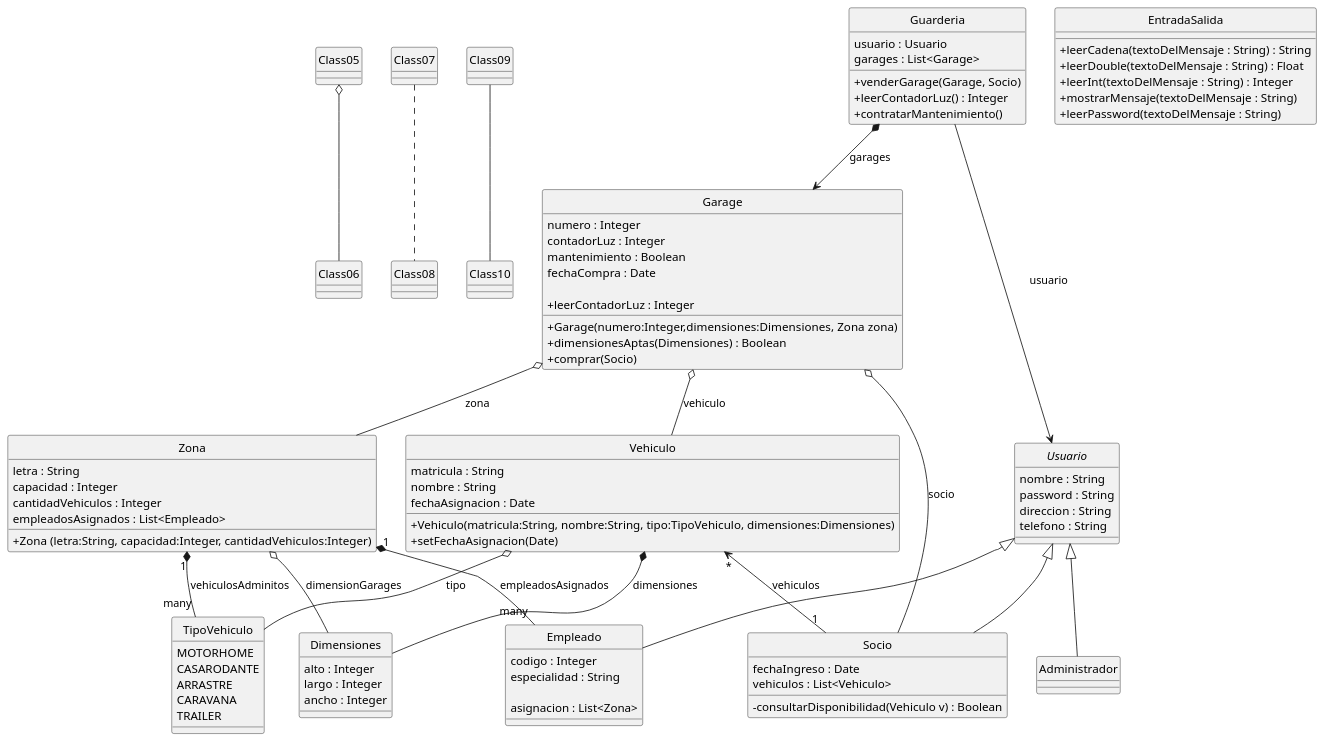
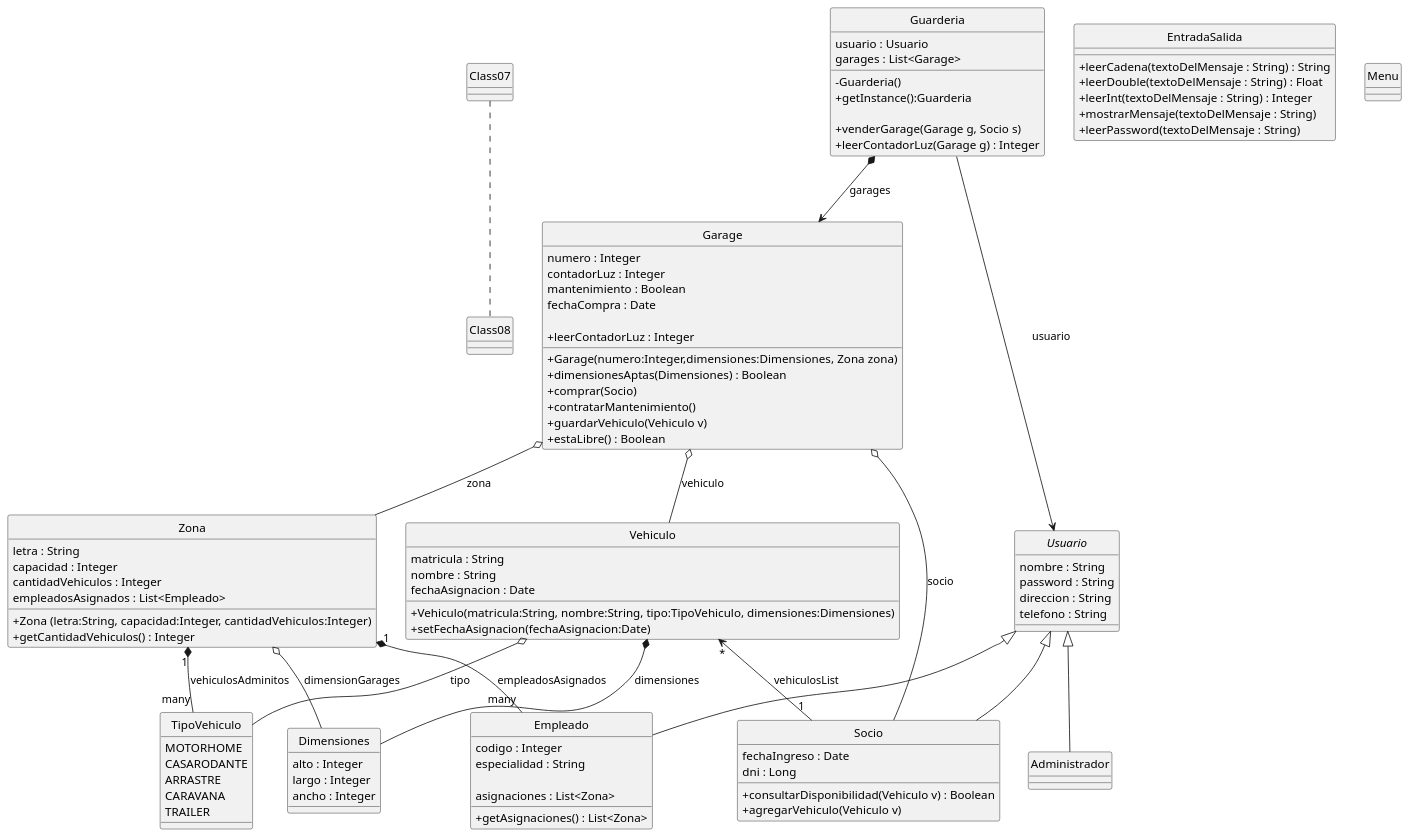
One commit to LeandroFulvio/inspt-p2-guarderia-central changed the diagram in resources/plantuml.puml. Above: the diagram before and after it, drawn with PlantUML. The commit also changed 11 other files, not shown here.

```diff
--- a/resources/plantuml.puml
+++ b/resources/plantuml.puml
@@ -1,133 +1,152 @@
 @startuml
 hide circle
 skinparam classAttributeIconSize 0
 skinparam backgroundColor transparent
 skinparam monochrome true
 skinparam shadowing false
 
-Class05 o-- Class06
 Class07 .. Class08
-Class09 -- Class10
 
 enum      TipoVehiculo {
   MOTORHOME
   CASARODANTE
   ARRASTRE
   CARAVANA
   TRAILER
 }
 
 class     Dimensiones {
   alto : Integer
   largo : Integer
   ancho : Integer
 }
 /'
 **** Vehiculo Composicion con Dimensiones ****
 **** Vehiculo Agregacion con TipoVehiculo ****
 '/
 Vehiculo o-- TipoVehiculo : tipo
 Vehiculo *-- Dimensiones : dimensiones
 
 class Vehiculo {
   matricula : String
   nombre : String
   fechaAsignacion : Date
 
     + Vehiculo(matricula:String, nombre:String, tipo:TipoVehiculo, dimensiones:Dimensiones)
-    + setFechaAsignacion(Date)
+    + setFechaAsignacion(fechaAsignacion:Date)
+
 }
 
-Vehiculo "*" <-- "1" Socio : vehiculos
+Vehiculo "*" <-- "1" Socio : vehiculosList
 
 class     Garage {
   numero : Integer
   contadorLuz : Integer
   mantenimiento : Boolean
   fechaCompra : Date
 
     + Garage(numero:Integer,dimensiones:Dimensiones, Zona zona)
     + dimensionesAptas(Dimensiones) : Boolean
     + comprar(Socio)
     + leerContadorLuz : Integer
+    + contratarMantenimiento()
+    + guardarVehiculo(Vehiculo v)
+    + estaLibre() : Boolean
+
 }
 /'
 **** Garage Composicion con Vehiculo ****
 **** Garage Agregacion con Zona ****
 '/
 Garage o-- Vehiculo : vehiculo
 Garage o-- Zona : zona
 Garage o-- Socio : socio
 /'
 **** Garage Agregacion con Socio **** ?? No se si es ideal...
 '/
 
 class     Guarderia {
   usuario : Usuario
   garages : List<Garage>
 
-    + venderGarage(Garage, Socio)
-    + leerContadorLuz() : Integer
-    + contratarMantenimiento()
+    -Guarderia()
+    +getInstance():Guarderia
+
+    + venderGarage(Garage g, Socio s)
+    + leerContadorLuz(Garage g) : Integer
+
 }
 
 Guarderia *--> Garage : garages
 Guarderia --> Usuario : usuario
 
 class     Zona {
   letra : String
   capacidad : Integer
   cantidadVehiculos : Integer
   empleadosAsignados : List<Empleado>
 
   + Zona (letra:String, capacidad:Integer, cantidadVehiculos:Integer)
+    + getCantidadVehiculos() : Integer
+
+
 }
 
 Zona o-- Dimensiones : dimensionGarages
 Zona "1" *-- "many" TipoVehiculo : vehiculosAdminitos
 Zona "1" *-- "many" Empleado : empleadosAsignados
 
 
 abstract class Usuario {
   nombre : String
   password : String
   direccion : String
   telefono : String
 }
 
 class     Socio {
   fechaIngreso : Date
-  vehiculos : List<Vehiculo>
+  dni : Long
 
-  - consultarDisponibilidad(Vehiculo v) : Boolean
+    + consultarDisponibilidad(Vehiculo v) : Boolean
+    + agregarVehiculo(Vehiculo v)
 
 }
 
 class     Empleado {
   codigo : Integer
   especialidad : String
 
-  asignacion : List<Zona>
+  asignaciones : List<Zona>
+
+    + getAsignaciones() : List<Zona>
+
+
 
 }
 
 class     Administrador {
 
 
 }
 
 Usuario <|-- Administrador
 Usuario <|-- Empleado
 Usuario <|-- Socio
 
 
 Class EntradaSalida {
   +leerCadena(textoDelMensaje : String) : String
   +leerDouble(textoDelMensaje : String) : Float
   +leerInt(textoDelMensaje : String) : Integer
   +mostrarMensaje(textoDelMensaje : String)
   +leerPassword(textoDelMensaje : String)
 }
 
+Class Menu {
+
+
+}
+
 
 @enduml
```
